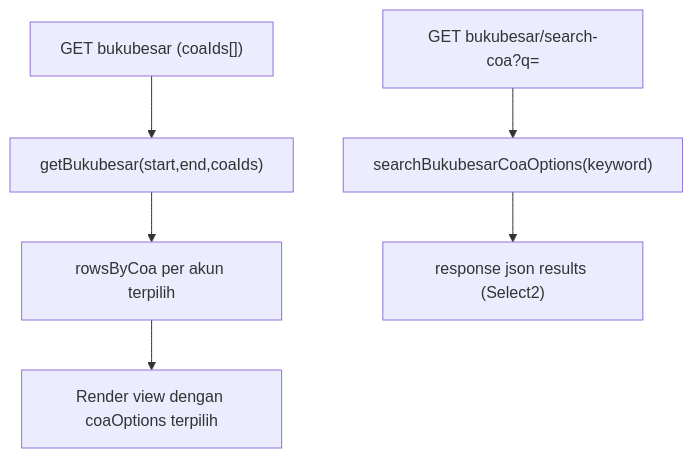
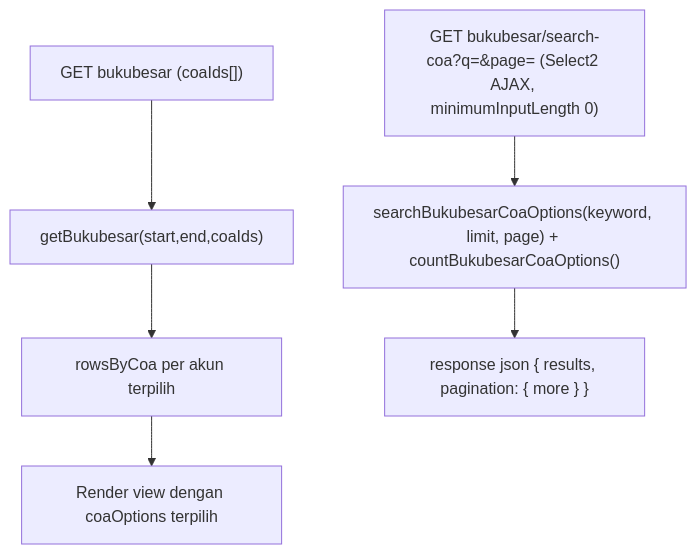
Before and after one commit to AltamaSidoarjo/laravel-siakurat-pt-smt: the fourth of 5 diagrams in dokumentasi/laporan-keuangan.md, drawn with Mermaid. The commit also changed other lines of this file and 5 other files, not shown here.

Commit message:
feat(laporan-keuangan): tampilkan opsi select2 coa bukubesar dan dukung pagination

````diff
--- a/dokumentasi/laporan-keuangan.md
+++ b/dokumentasi/laporan-keuangan.md
@@ -106,8 +106,8 @@
 ```mermaid
 flowchart TD
     A["GET bukubesar (coaIds[])"] --> B["getBukubesar(start,end,coaIds)"]
     B --> C["rowsByCoa per akun terpilih"]
     C --> D["Render view dengan coaOptions terpilih"]
-    E["GET bukubesar/search-coa?q="] --> F["searchBukubesarCoaOptions(keyword)"]
-    F --> G["response json results (Select2)"]
+    E["GET bukubesar/search-coa?q=&page= (Select2 AJAX, minimumInputLength 0)"] --> F["searchBukubesarCoaOptions(keyword, limit, page) + countBukubesarCoaOptions()"]
+    F --> G["response json { results, pagination: { more } }"]
 ```
````
